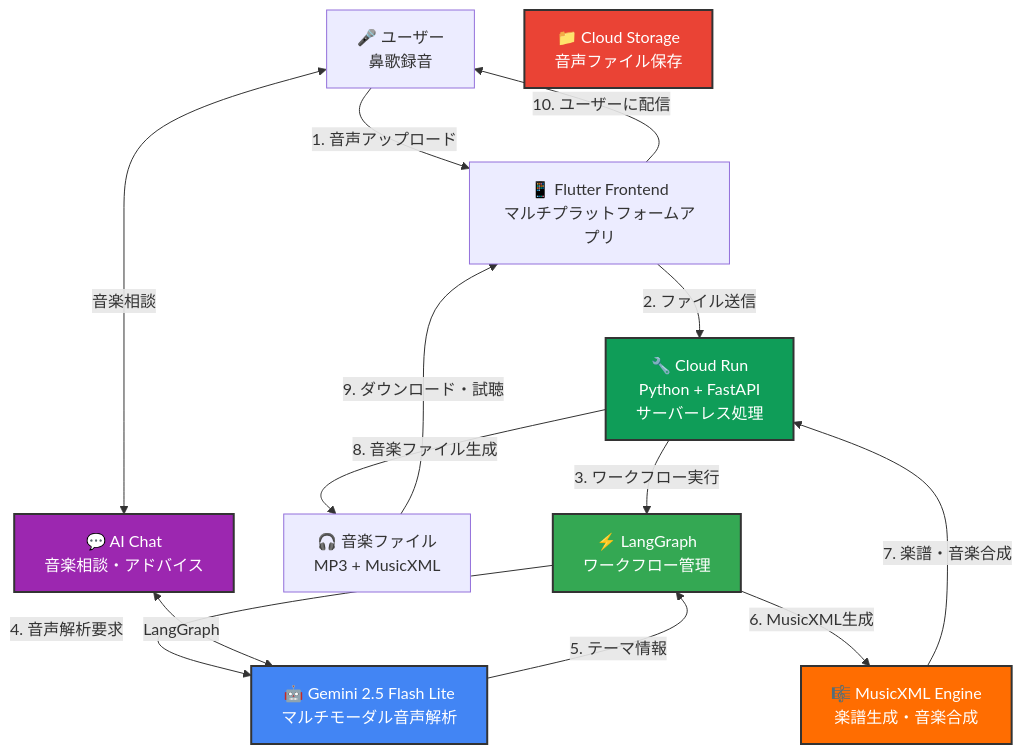
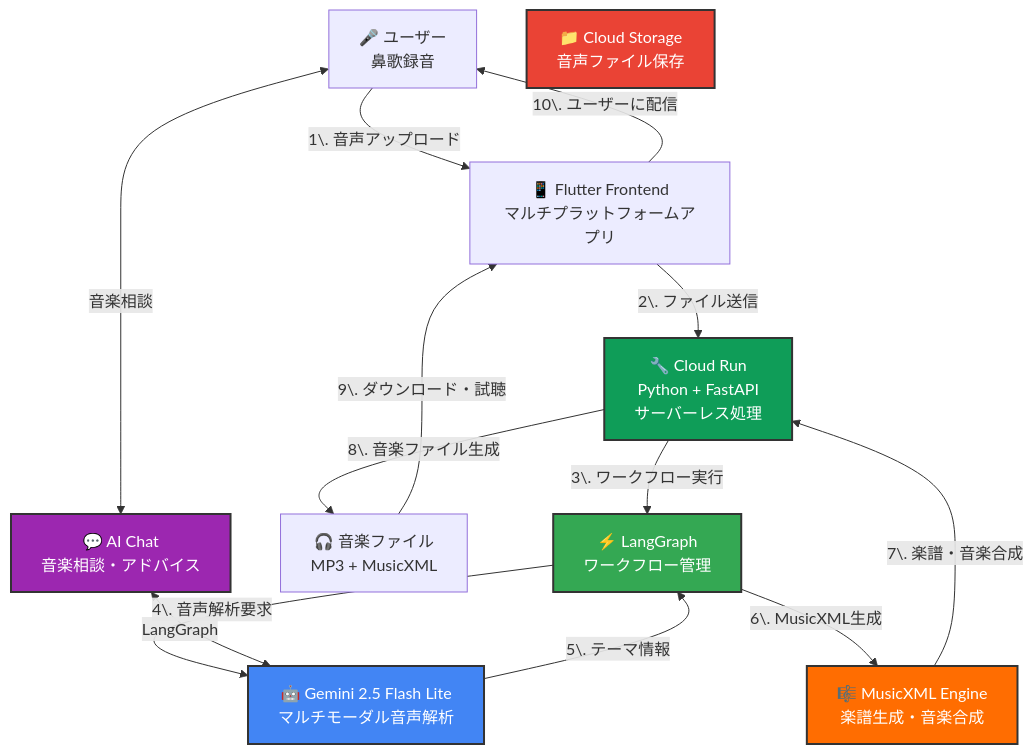
The diagram in story.md (xxkuboxx/ai-hackathon-20250502), drawn with Mermaid before and after one commit.

Commit message:
fix: Mermaid図の番号付きリストエラーを正しいワークアラウンドで修正
GitHub issue #6099で報告されている正しいワークアラウンドを適用。
番号の後のピリオドをバックスラッシュでエスケープすることで、
Mermaidパーサーがリスト記法として誤認識するのを防止。

修正内容:
- 矢印ラベル内の番号付きリスト記法をエスケープ
  例: "1. 音声アップロード" → "1\. 音声アップロード"
- すべての番号（1-10）に対して同様の処理を適用

これにより"Unsupported markdown: list"エラーを回避。

参考: https://github.com/mermaid-js/mermaid/issues/6099

🤖 Generated with [Claude Code](https://claude.ai/code)

````diff
--- a/story.md
+++ b/story.md
@@ -138,33 +138,33 @@
 ```mermaid
 flowchart TD
     A["🎤 ユーザー<br/>鼻歌録音"]
     B["📱 Flutter Frontend<br/>マルチプラットフォームアプリ"]
     C["📁 Cloud Storage<br/>音声ファイル保存"]
     D["⚡ LangGraph<br/>ワークフロー管理"]
     E["🔧 Cloud Run<br/>Python + FastAPI<br/>サーバーレス処理"]
     F["🤖 Gemini 2.5 Flash Lite<br/>マルチモーダル音声解析"]
     G["🎼 MusicXML Engine<br/>楽譜生成・音楽合成"]
     H["🎧 音楽ファイル<br/>MP3 + MusicXML"]
     I["💬 AI Chat<br/>音楽相談・アドバイス"]
 
-    A -->|"1. 音声アップロード"| B
-    B -->|"2. ファイル送信"| E
-    E -->|"3. ワークフロー実行"| D
-    D -->|"4. 音声解析要求"| F
-    F -->|"5. テーマ情報"| D
-    D -->|"6. MusicXML生成"| G
-    G -->|"7. 楽譜・音楽合成"| E
-    E -->|"8. 音楽ファイル生成"| H
-    H -->|"9. ダウンロード・試聴"| B
-    B -->|"10. ユーザーに配信"| A
+    A -->|"1\. 音声アップロード"| B
+    B -->|"2\. ファイル送信"| E
+    E -->|"3\. ワークフロー実行"| D
+    D -->|"4\. 音声解析要求"| F
+    F -->|"5\. テーマ情報"| D
+    D -->|"6\. MusicXML生成"| G
+    G -->|"7\. 楽譜・音楽合成"| E
+    E -->|"8\. 音楽ファイル生成"| H
+    H -->|"9\. ダウンロード・試聴"| B
+    B -->|"10\. ユーザーに配信"| A
     
     A <-->|"音楽相談"| I
     I <-->|"LangGraph"| F
     
     style C fill:#ea4335,stroke:#333,stroke-width:2px,color:#fff
     style D fill:#34a853,stroke:#333,stroke-width:2px,color:#fff  
     style E fill:#0f9d58,stroke:#333,stroke-width:2px,color:#fff
     style F fill:#4285f4,stroke:#333,stroke-width:2px,color:#fff
     style G fill:#ff6d01,stroke:#333,stroke-width:2px,color:#fff
     style I fill:#9c27b0,stroke:#333,stroke-width:2px,color:#fff
 ```
````
